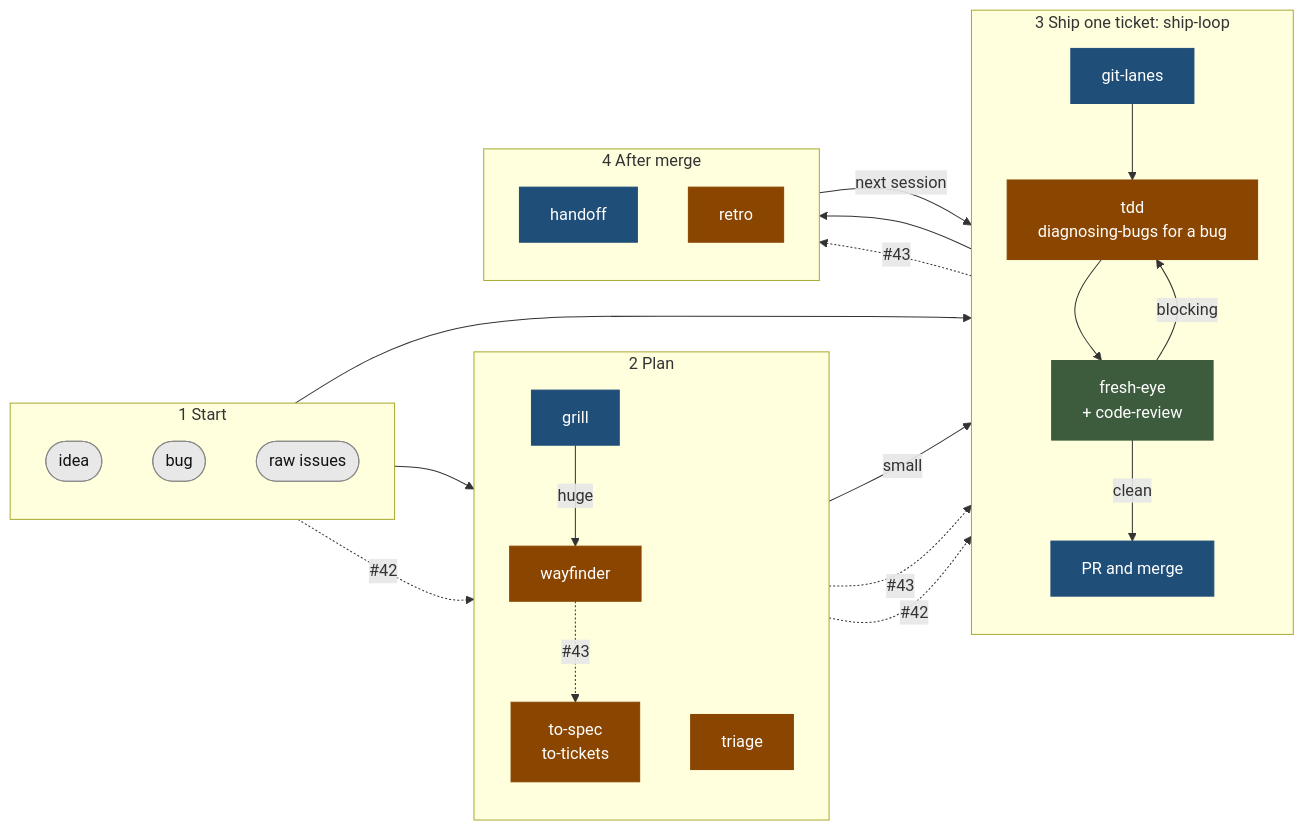
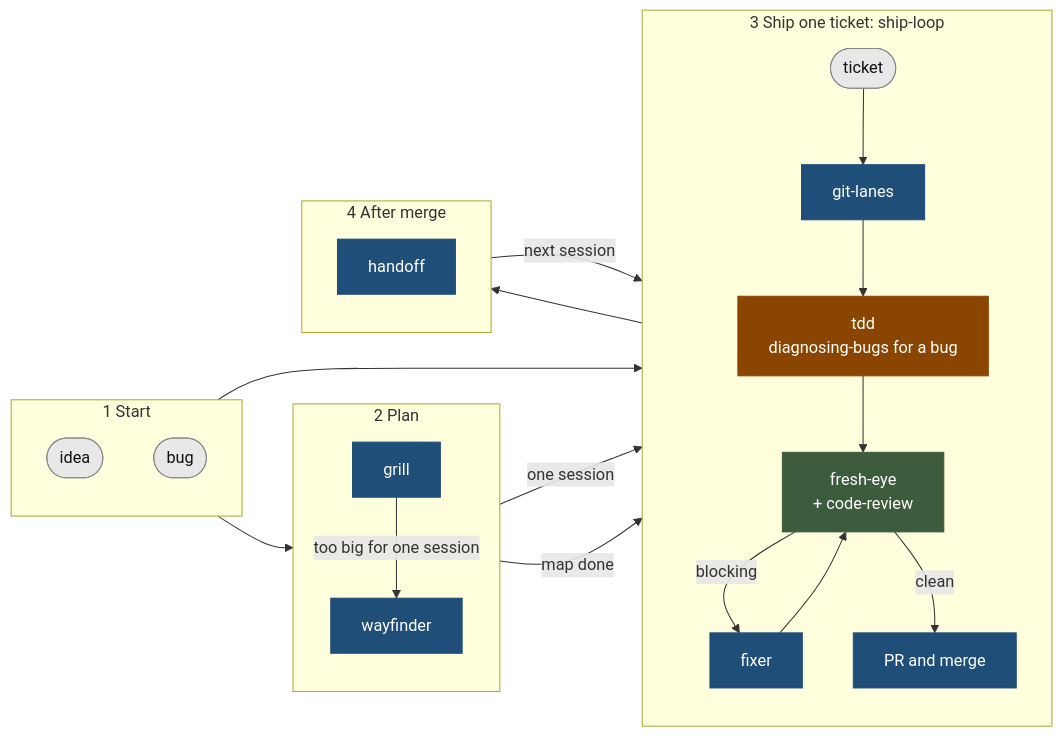
The diagram in README.md (emmanuelwunjc/yw-workflow), drawn with Mermaid before and after one commit. The commit also changed other lines of this file, not shown here.

````diff
--- a/README.md
+++ b/README.md
@@ -40,47 +39,41 @@
 ```mermaid
 flowchart LR
     subgraph S1 [1 Start]
         direction TB
         idea([idea]):::start
         bug([bug]):::start
-        inbox([raw issues]):::start
     end
     subgraph S2 [2 Plan]
         direction TB
         grill[grill]:::yw
-        way[wayfinder]:::matt
-        spec[to-spec<br/>to-tickets]:::matt
-        triage[triage]:::matt
+        way[wayfinder]:::yw
     end
     subgraph S3 [3 Ship one ticket: ship-loop]
         direction TB
+        ticket([ticket]):::start
         lanes[git-lanes]:::yw
         build[tdd<br/>diagnosing-bugs for a bug]:::matt
         review[fresh-eye<br/>+ code-review]:::both
+        fixer[fixer]:::yw
         merge[PR and merge]:::yw
-        lanes --> build --> review
-        review -->|blocking| build
+        ticket --> lanes --> build --> review
+        review -->|blocking| fixer --> review
         review -->|clean| merge
     end
     subgraph S4 [4 After merge]
         direction TB
         handoff[handoff]:::yw
-        retro[retro]:::matt
     end
     idea --> grill
-    grill -->|huge| way
-    grill -->|small| lanes
-    bug --> lanes
-    inbox -.->|#42| triage
-    way -.->|#43| spec
-    spec -.->|#43| lanes
-    triage -.->|#42| lanes
+    grill -->|too big for one session| way
+    grill -->|one session| ticket
+    way -->|map done| ticket
+    bug --> ticket
     merge --> handoff
-    merge -.->|#43| retro
     handoff -->|next session| lanes
 
     classDef yw fill:#1f4e79,stroke:#1f4e79,color:#ffffff
     classDef matt fill:#8a4500,stroke:#8a4500,color:#ffffff
     classDef both fill:#3d5c3d,stroke:#3d5c3d,color:#ffffff
     classDef start fill:#e8e8e8,stroke:#888888,color:#111111
 ```
````
